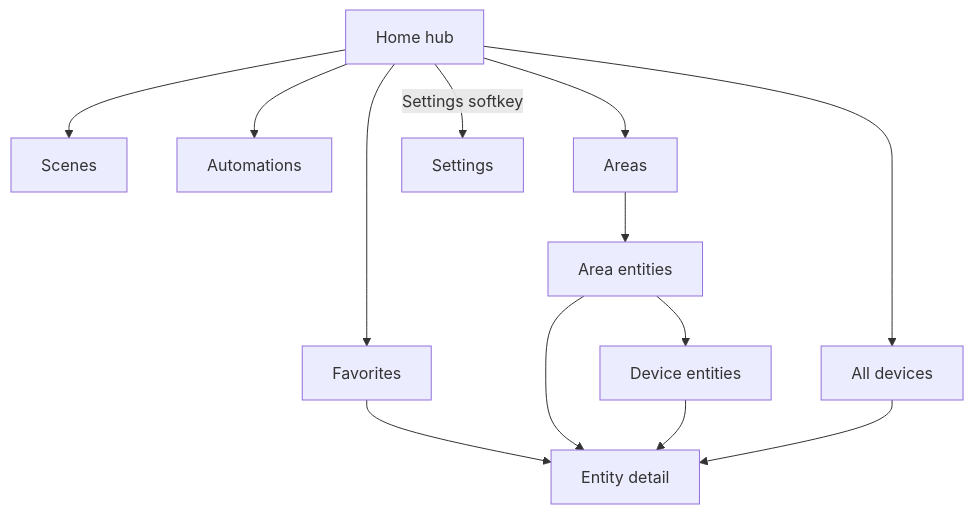
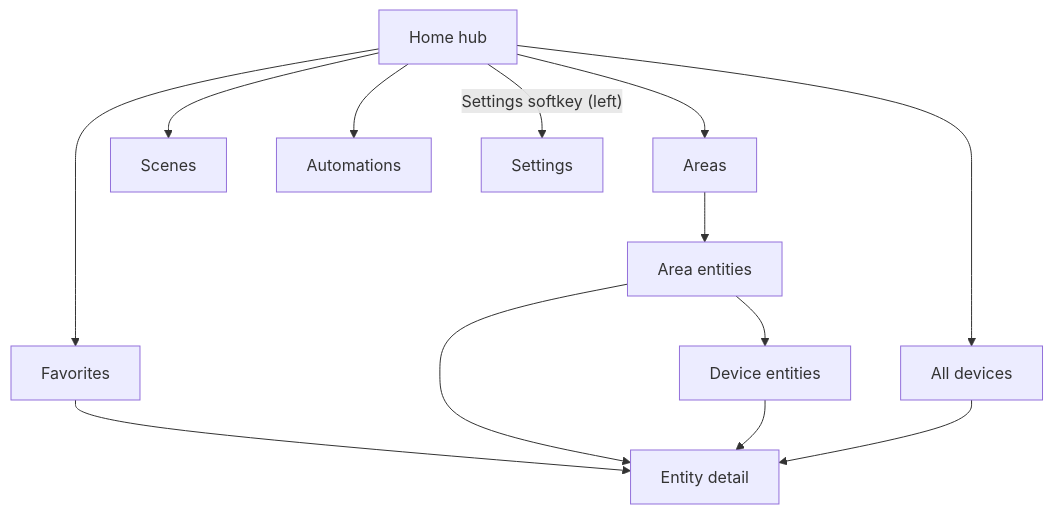
One commit to ambercaravalho/ha4kaios changed the diagram in docs/ui.md. Above: the diagram before and after it, drawn with Mermaid. The commit also changed other lines of this file and 16 other files, not shown here.

First line of the commit message:
Move Settings softkey, add list memory, and streamline entity actions

````diff
--- a/docs/ui.md
+++ b/docs/ui.md
@@ -10,15 +10,15 @@
 ```mermaid
 flowchart TD
   Home[Home hub] --> Fav[Favorites]
+  Home --> Areas[Areas]
   Home --> Scenes[Scenes]
   Home --> Autos[Automations]
-  Home --> Areas[Areas]
   Home --> All[All devices]
-  Home -->|"Settings softkey"| Settings[Settings]
+  Home -->|"Settings softkey (left)"| Settings[Settings]
   Areas --> AreaEntities[Area entities]
   AreaEntities --> DeviceEntities[Device entities]
   Fav --> Detail[Entity detail]
   AreaEntities --> Detail
   DeviceEntities --> Detail
   All --> Detail
 ```
````
